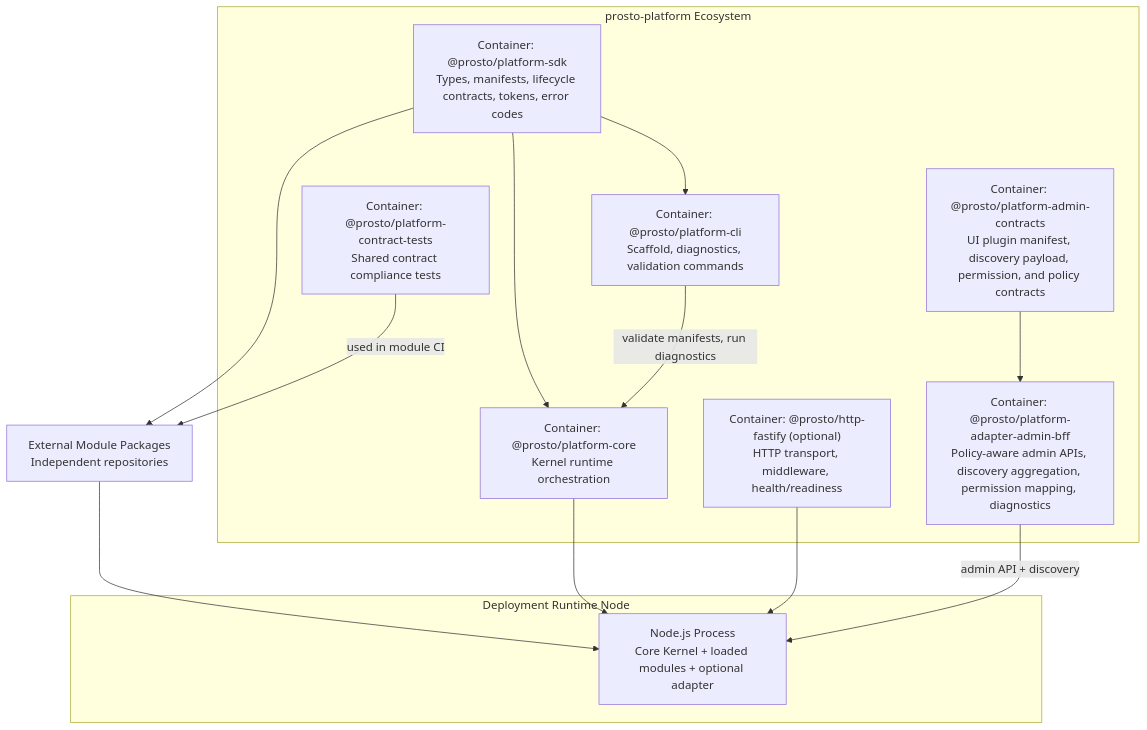
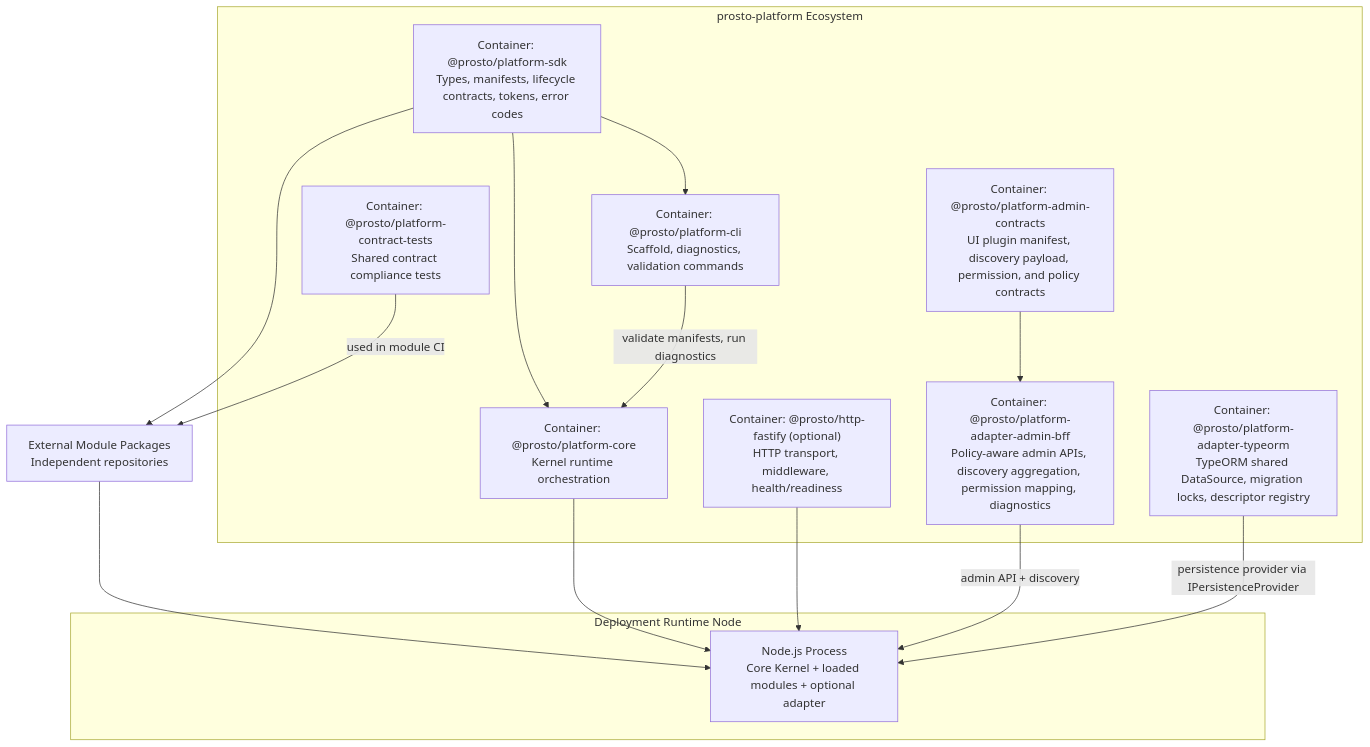
One commit to prosto-systems/prosto-platform changed the diagram in .context/02-architecture-design/c4/02-container-view.md. Above: the diagram before and after it, drawn with Mermaid. The commit also changed other lines of this file and 128 other files, not shown here.

Commit message:
feat(sdk,core,adapter-typeorm): add TypeORM adapter

````diff
--- a/.context/02-architecture-design/c4/02-container-view.md
+++ b/.context/02-architecture-design/c4/02-container-view.md
@@ -11,36 +11,39 @@
 ```mermaid
 flowchart TB
   subgraph Repo["prosto-platform Ecosystem"]
     SDK["Container: @prosto/platform-sdk
 Types, manifests, lifecycle contracts, tokens, error codes"]
     Core["Container: @prosto/platform-core
 Kernel runtime orchestration"]
     CLI["Container: @prosto/platform-cli
 Scaffold, diagnostics, validation commands"]
     HTTP["Container: @prosto/http-fastify (optional)
 HTTP transport, middleware, health/readiness"]
     ContractTests["Container: @prosto/platform-contract-tests
 Shared contract compliance tests"]
     AdminContracts["Container: @prosto/platform-admin-contracts
 UI plugin manifest, discovery payload, permission, and policy contracts"]
     AdminBFF["Container: @prosto/platform-adapter-admin-bff
 Policy-aware admin APIs, discovery aggregation, permission mapping, diagnostics"]
+    TypeOrmAdapter["Container: @prosto/platform-adapter-typeorm
+TypeORM shared DataSource, migration locks, descriptor registry"]
   end
 
   subgraph RuntimeNode["Deployment Runtime Node"]
     KernelProcess["Node.js Process
 Core Kernel + loaded modules + optional adapter"]
   end
 
   ModulePkg["External Module Packages
 Independent repositories"] --> KernelProcess
   SDK --> Core
   SDK --> CLI
   SDK --> ModulePkg
   Core --> KernelProcess
   HTTP --> KernelProcess
   CLI -->|"validate manifests, run diagnostics"| Core
   ContractTests -->|"used in module CI"| ModulePkg
   AdminContracts --> AdminBFF
   AdminBFF -->|"admin API + discovery"| KernelProcess
+  TypeOrmAdapter -->|"persistence provider via IPersistenceProvider"| KernelProcess
 ```
````
